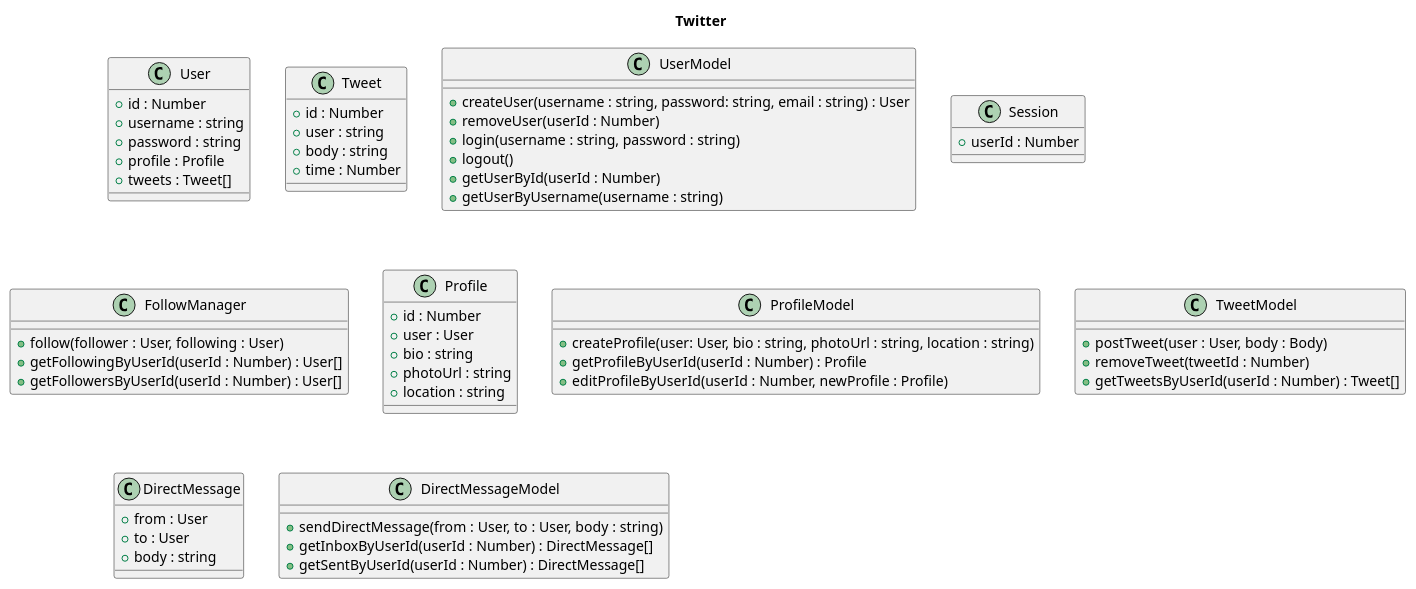
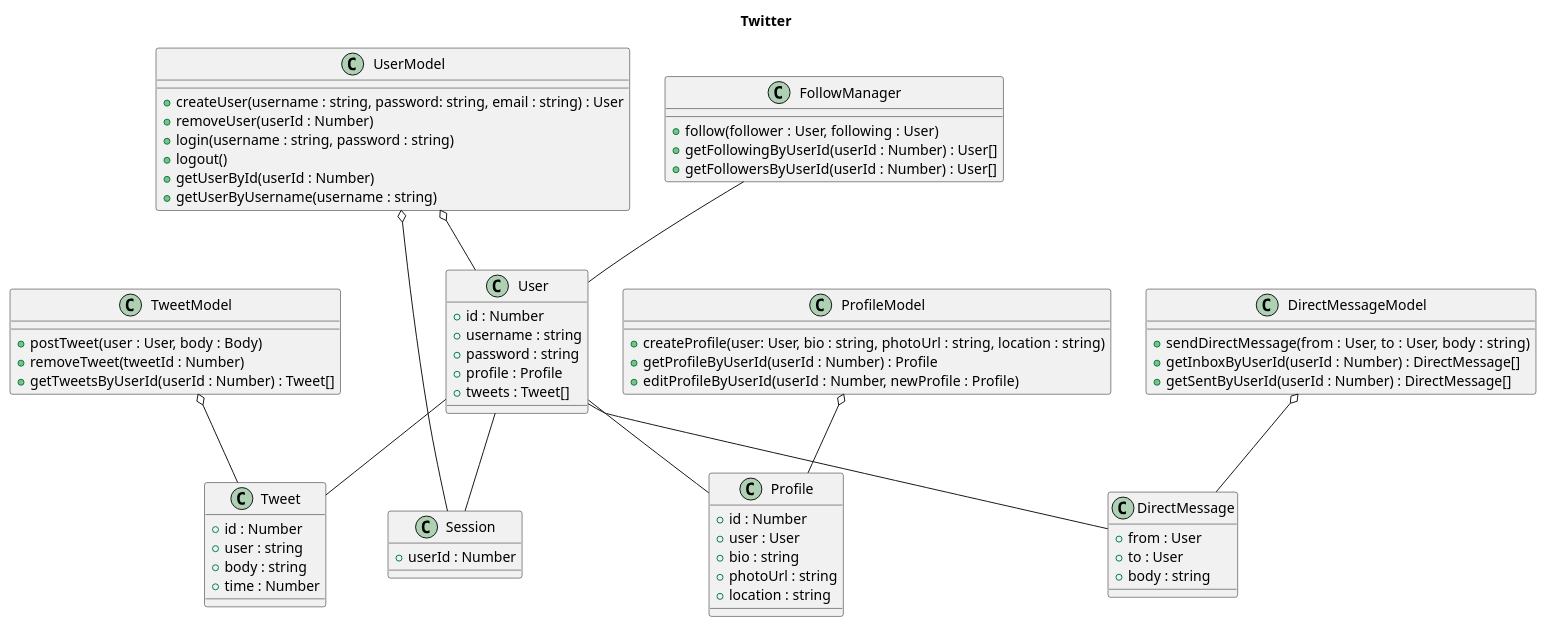
Before and after one commit to tart-summer-camp-2011/fe201: the diagram in model/classDiagram.plantuml, drawn with PlantUML.

Commit message:
added relationships between classes in class diagram.

```diff
--- a/model/classDiagram.plantuml
+++ b/model/classDiagram.plantuml
@@ -1,70 +1,80 @@
 @startuml
 title Twitter
 
 class User {
 	+ id : Number
 	+ username : string
 	+ password : string
 	+ profile : Profile
 	+ tweets : Tweet[]
 }
 
 class Tweet {
 	+ id : Number
 	+ user : string
 	+ body : string
 	+ time : Number
 }
 
 class UserModel {
 	+ createUser(username : string, password: string, email : string) : User
 	+ removeUser(userId : Number)
 	+ login(username : string, password : string)
 	+ logout()
 	+ getUserById(userId : Number)
 	+ getUserByUsername(username : string)
 }
 
 class Session {
 	+ userId : Number
 }
 
 class FollowManager {
 	+ follow(follower : User, following : User)
 	+ getFollowingByUserId(userId : Number) : User[]
 	+ getFollowersByUserId(userId : Number) : User[]
 }
 
 class Profile {
 	+ id : Number
 	+ user : User
 	+ bio : string
 	+ photoUrl : string
 	+ location : string
 }
 
 class ProfileModel {
 	+ createProfile(user: User, bio : string, photoUrl : string, location : string)
 	+ getProfileByUserId(userId : Number) : Profile
 	+ editProfileByUserId(userId : Number, newProfile : Profile)
 }
 
 class TweetModel {
 	+ postTweet(user : User, body : Body)
 	+ removeTweet(tweetId : Number)
 	+ getTweetsByUserId(userId : Number) : Tweet[]
 }
 
 class DirectMessage {
 	+ from : User
 	+ to : User
 	+ body : string
 }
 
 class DirectMessageModel {
 	+ sendDirectMessage(from : User, to : User, body : string)
 	+ getInboxByUserId(userId : Number) : DirectMessage[]
 	+ getSentByUserId(userId : Number) : DirectMessage[]
 }
 
+UserModel o-- User
+UserModel o-- Session
+DirectMessageModel o-- DirectMessage
+ProfileModel o-- Profile
+TweetModel o-- Tweet
+User -- Session
+User -- Tweet
+User -- Profile
+User -- DirectMessage
+FollowManager -- User
 @enduml
```
